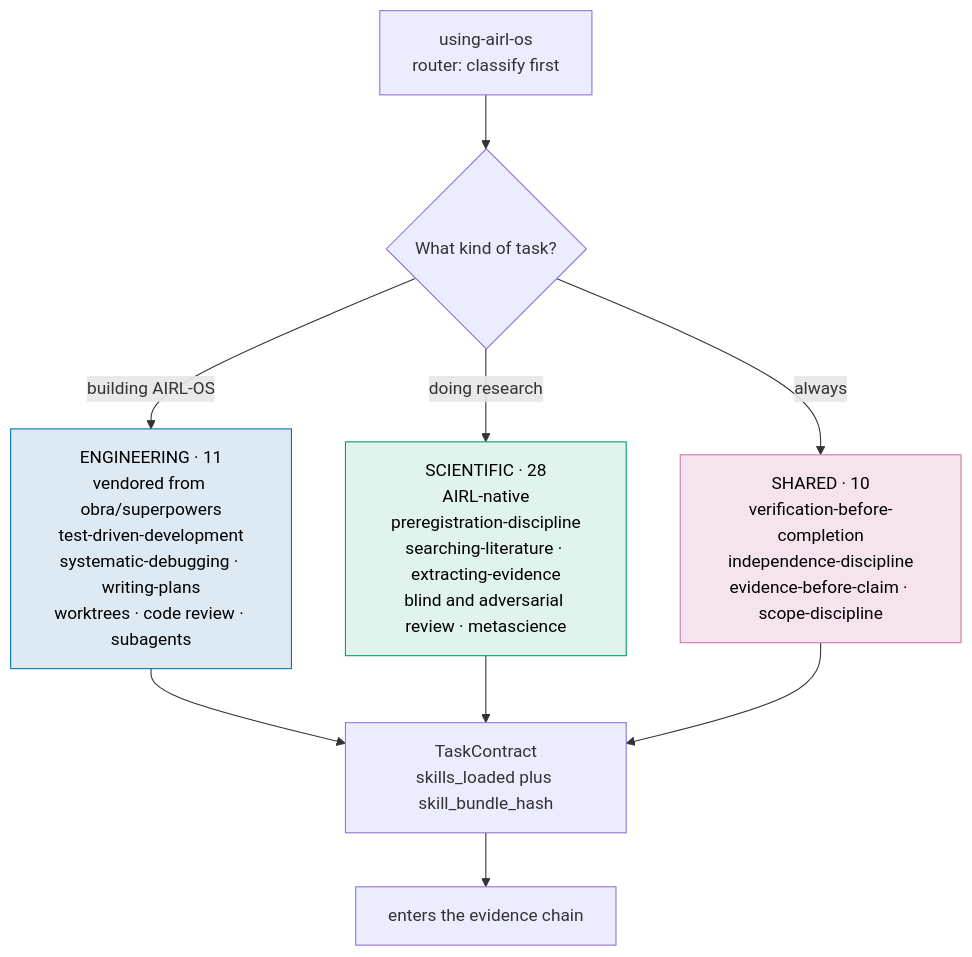
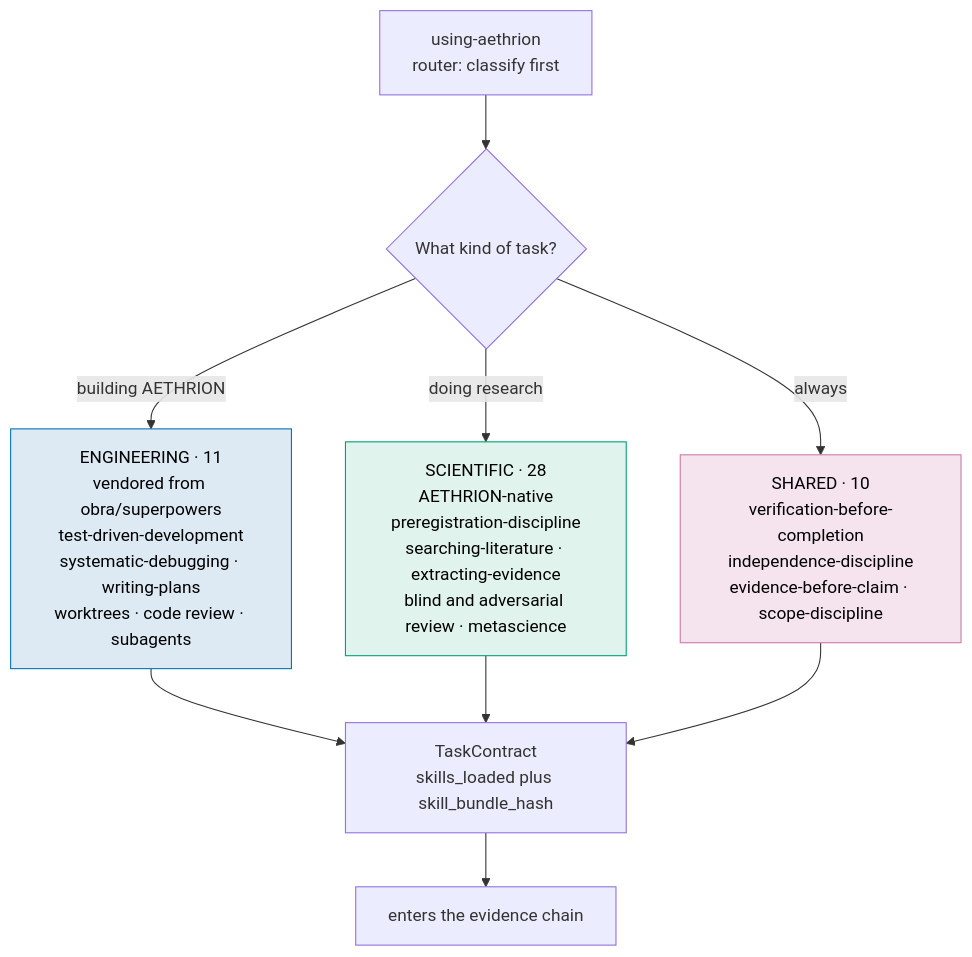
Before and after one commit to furkanhanilci/AETHRION: the ninth of 16 diagrams in README.md, drawn with Mermaid. The commit also changed other lines of this file and 512 other files, not shown here.

````diff
--- a/README.md
+++ b/README.md
@@ -373,15 +387,15 @@
 ```mermaid
 flowchart TD
-    R["using-airl-os<br/>router: classify first"]
+    R["using-aethrion<br/>router: classify first"]
     R --> Q{"What kind of task?"}
-    Q -->|"building AIRL-OS"| ENG["ENGINEERING · 11<br/>vendored from obra/superpowers<br/>test-driven-development<br/>systematic-debugging · writing-plans<br/>worktrees · code review · subagents"]
-    Q -->|"doing research"| SCI["SCIENTIFIC · 28<br/>AIRL-native<br/>preregistration-discipline<br/>searching-literature · extracting-evidence<br/>blind and adversarial review · metascience"]
+    Q -->|"building AETHRION"| ENG["ENGINEERING · 11<br/>vendored from obra/superpowers<br/>test-driven-development<br/>systematic-debugging · writing-plans<br/>worktrees · code review · subagents"]
+    Q -->|"doing research"| SCI["SCIENTIFIC · 28<br/>AETHRION-native<br/>preregistration-discipline<br/>searching-literature · extracting-evidence<br/>blind and adversarial review · metascience"]
     Q -->|"always"| SH["SHARED · 10<br/>verification-before-completion<br/>independence-discipline<br/>evidence-before-claim · scope-discipline"]
     ENG --> TC["TaskContract<br/>skills_loaded plus skill_bundle_hash"]
     SCI --> TC
     SH --> TC
     TC --> EV["enters the evidence chain"]
     style ENG fill:#DDEAF4,stroke:#0072B2,color:#000
     style SCI fill:#E0F3EC,stroke:#009E73,color:#000
     style SH fill:#F5E4EE,stroke:#CC79A7,color:#000
 ```
````
